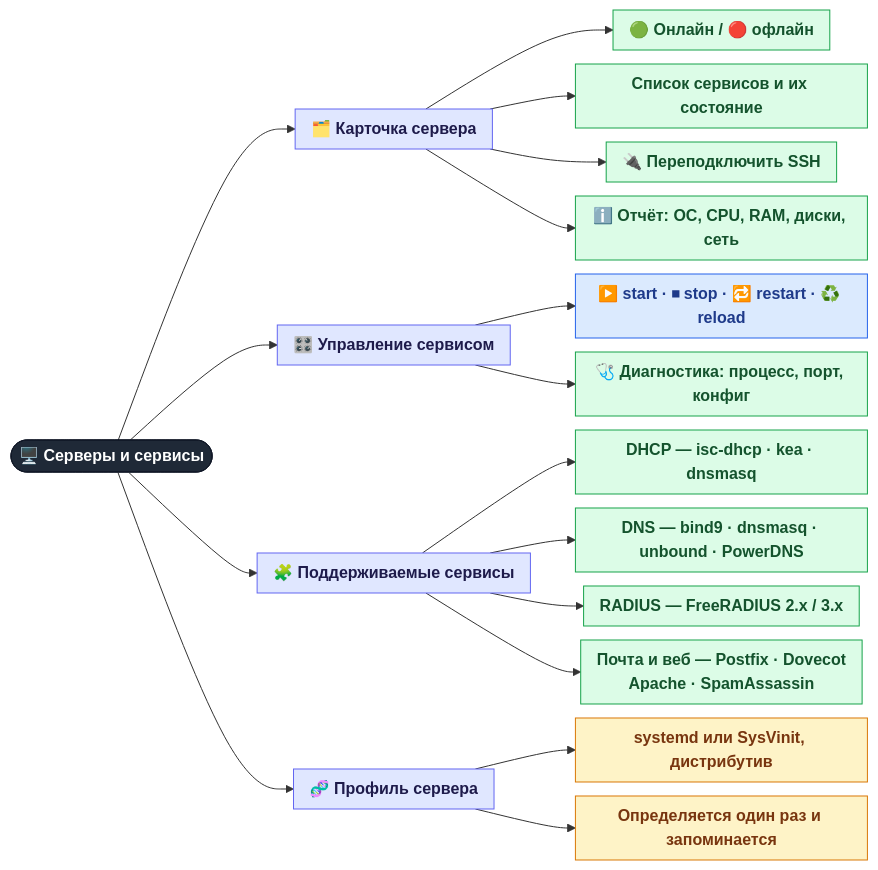
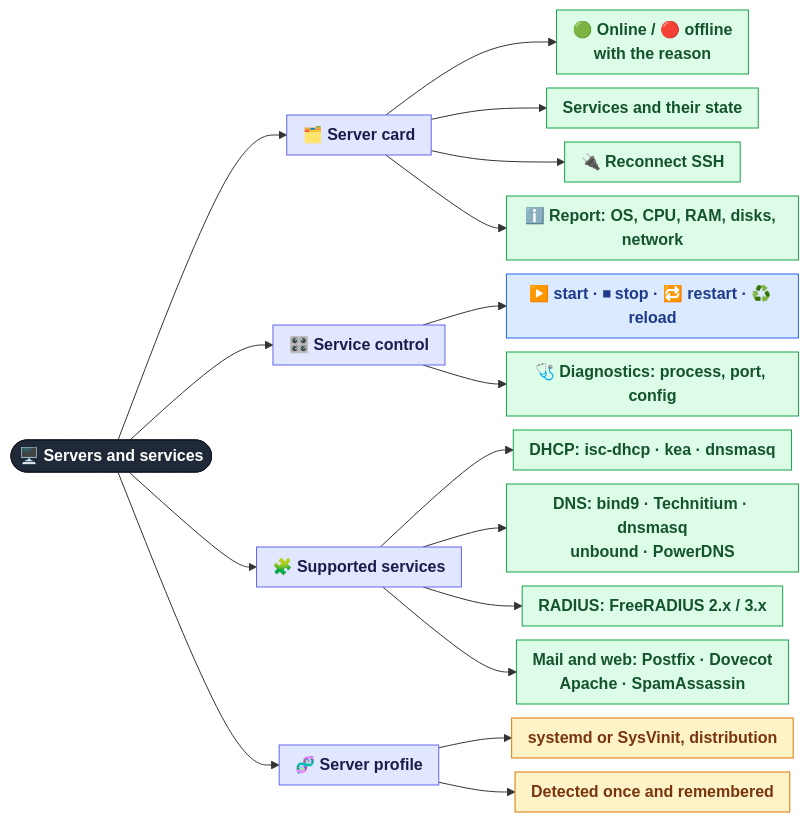
The diagram in docs/features/02-servers.md (Madly222/MCPforMonitoring), drawn with Mermaid before and after one commit. The commit also changed other lines of this file and 37 other files, not shown here.

````diff
--- a/docs/features/02-servers.md
+++ b/docs/features/02-servers.md
@@ -7,32 +7,32 @@
 ```mermaid
 %%{init: {"flowchart": {"nodeSpacing": 14, "rankSpacing": 45, "curve": "basis", "padding": 8, "wrappingWidth": 260}}}%%
 flowchart LR
-    ROOT(["🖥️ Серверы и сервисы"]):::root
+    ROOT(["🖥️ Servers and services"]):::root
 
-    ROOT --> CARD["🗂️ Карточка сервера"]:::group
-    CARD --> C1["🟢 Онлайн / 🔴 офлайн"]:::all
-    CARD --> C2["Список сервисов и их состояние"]:::all
-    CARD --> C3["🔌 Переподключить SSH"]:::all
-    CARD --> C4["ℹ️ Отчёт: ОС, CPU, RAM, диски, сеть"]:::all
+    ROOT --> CARD["🗂️ Server card"]:::group
+    CARD --> C1["🟢 Online / 🔴 offline<br/>with the reason"]:::all
+    CARD --> C2["Services and their state"]:::all
+    CARD --> C3["🔌 Reconnect SSH"]:::all
+    CARD --> C4["ℹ️ Report: OS, CPU, RAM, disks, network"]:::all
 
-    ROOT --> ACT["🎛️ Управление сервисом"]:::group
+    ROOT --> ACT["🎛️ Service control"]:::group
     ACT --> A1["▶️ start · ⏹ stop · 🔁 restart · ♻️ reload"]:::admin
-    ACT --> A2["🩺 Диагностика: процесс, порт, конфиг"]:::all
+    ACT --> A2["🩺 Diagnostics: process, port, config"]:::all
 
-    ROOT --> SVC["🧩 Поддерживаемые сервисы"]:::group
-    SVC --> S1["DHCP — isc-dhcp · kea · dnsmasq"]:::all
-    SVC --> S2["DNS — bind9 · dnsmasq · unbound · PowerDNS"]:::all
-    SVC --> S3["RADIUS — FreeRADIUS 2.x / 3.x"]:::all
-    SVC --> S4["Почта и веб — Postfix · Dovecot<br/>Apache · SpamAssassin"]:::all
+    ROOT --> SVC["🧩 Supported services"]:::group
+    SVC --> S1["DHCP: isc-dhcp · kea · dnsmasq"]:::all
+    SVC --> S2["DNS: bind9 · Technitium · dnsmasq<br/>unbound · PowerDNS"]:::all
+    SVC --> S3["RADIUS: FreeRADIUS 2.x / 3.x"]:::all
+    SVC --> S4["Mail and web: Postfix · Dovecot<br/>Apache · SpamAssassin"]:::all
 
-    ROOT --> PROF["🧬 Профиль сервера"]:::group
-    PROF --> P1["systemd или SysVinit, дистрибутив"]:::auto
-    PROF --> P2["Определяется один раз и запоминается"]:::auto
+    ROOT --> PROF["🧬 Server profile"]:::group
+    PROF --> P1["systemd or SysVinit, distribution"]:::auto
+    PROF --> P2["Detected once and remembered"]:::auto
 
     classDef root  fill:#1f2937,stroke:#111827,color:#ffffff,font-weight:bold
     classDef group fill:#e0e7ff,stroke:#6366f1,color:#1e1b4b,font-weight:bold
     classDef all   fill:#dcfce7,stroke:#16a34a,color:#14532d
     classDef admin fill:#dbeafe,stroke:#2563eb,color:#1e3a8a
     classDef super fill:#fde2e2,stroke:#dc2626,color:#7f1d1d
     classDef auto  fill:#fef3c7,stroke:#d97706,color:#78350f
 ```
````
